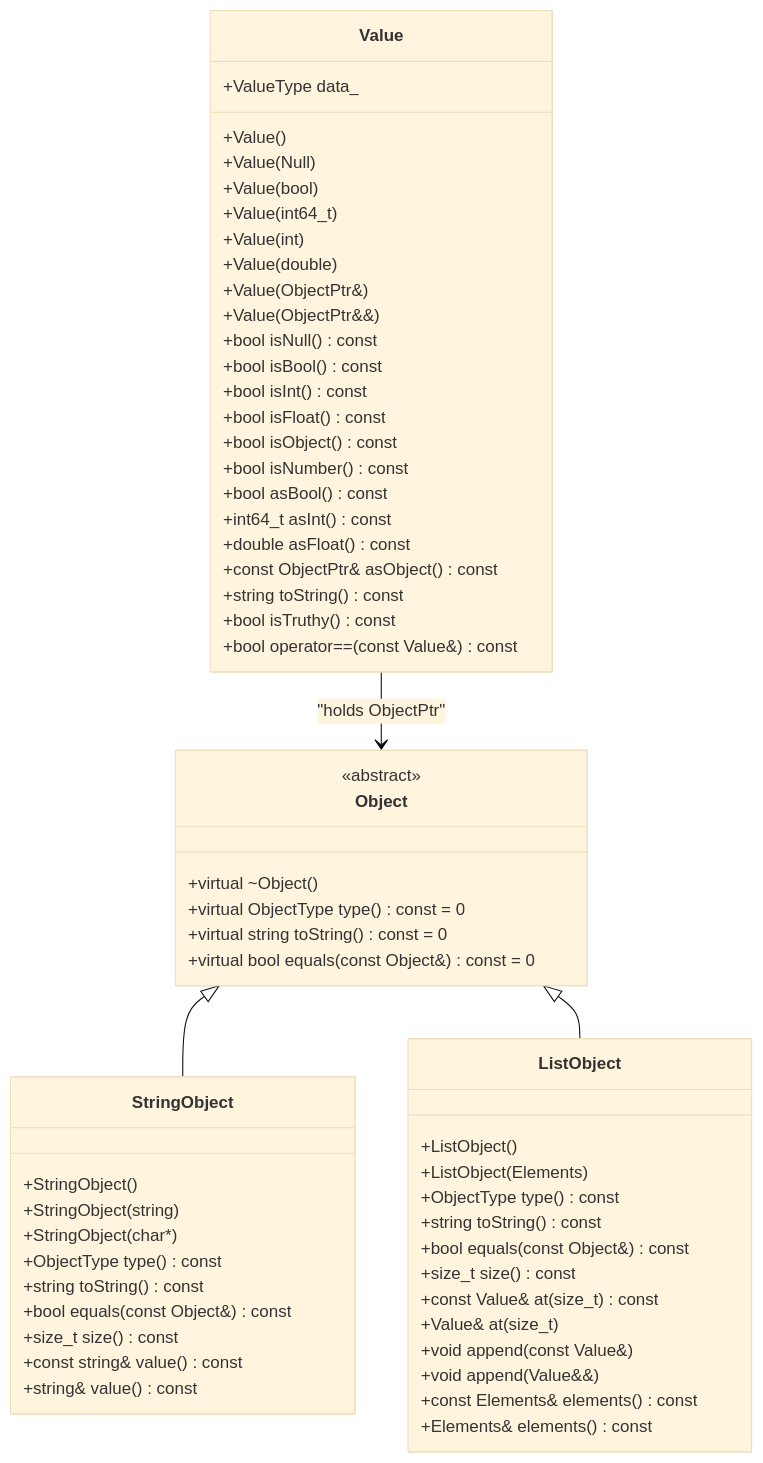
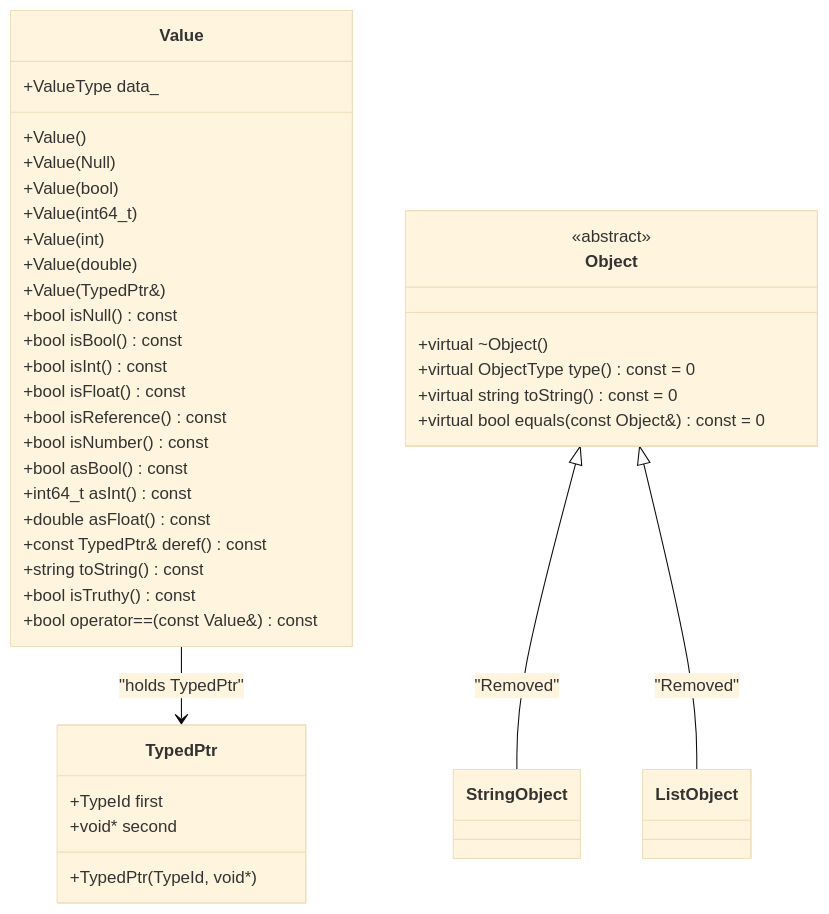
The third of 6 diagrams in .qoder/repowiki/en/content/Runtime System.md (littlebirds/modern_bision), drawn with Mermaid (base theme) before and after one commit. The commit also changed other lines of this file and 3 other files, not shown here.

````diff
--- a/.qoder/repowiki/en/content/Runtime System.md
+++ b/.qoder/repowiki/en/content/Runtime System.md
@@ -147,62 +158,41 @@
 ```mermaid
 classDiagram
 class Value {
 +ValueType data_
 +Value()
 +Value(Null)
 +Value(bool)
 +Value(int64_t)
 +Value(int)
 +Value(double)
-+Value(ObjectPtr&)
-+Value(ObjectPtr&&)
++Value(TypedPtr&)
 +bool isNull() const
 +bool isBool() const
 +bool isInt() const
 +bool isFloat() const
-+bool isObject() const
++bool isReference() const
 +bool isNumber() const
 +bool asBool() const
 +int64_t asInt() const
 +double asFloat() const
-+const ObjectPtr& asObject() const
++const TypedPtr& deref() const
 +string toString() const
 +bool isTruthy() const
 +bool operator==(const Value&) const
 }
 class Object {
 <<abstract>>
 +virtual ~Object()
 +virtual ObjectType type() const = 0
 +virtual string toString() const = 0
 +virtual bool equals(const Object&) const = 0
 }
-class StringObject {
-+StringObject()
-+StringObject(string)
-+StringObject(char*)
-+ObjectType type() const
-+string toString() const
-+bool equals(const Object&) const
-+size_t size() const
-+const string& value() const
-+string& value() const
+class TypedPtr {
++TypeId first
++void* second
++TypedPtr(TypeId, void*)
 }
-class ListObject {
-+ListObject()
-+ListObject(Elements)
-+ObjectType type() const
-+string toString() const
-+bool equals(const Object&) const
-+size_t size() const
-+const Value& at(size_t) const
-+Value& at(size_t)
-+void append(const Value&)
-+void append(Value&&)
-+const Elements& elements() const
-+Elements& elements() const
-}
-Value --> Object : "holds ObjectPtr"
-Object <|-- StringObject
-Object <|-- ListObject
+Value --> TypedPtr : "holds TypedPtr"
+Object <|-- StringObject : "Removed"
+Object <|-- ListObject : "Removed"
 ```
````
